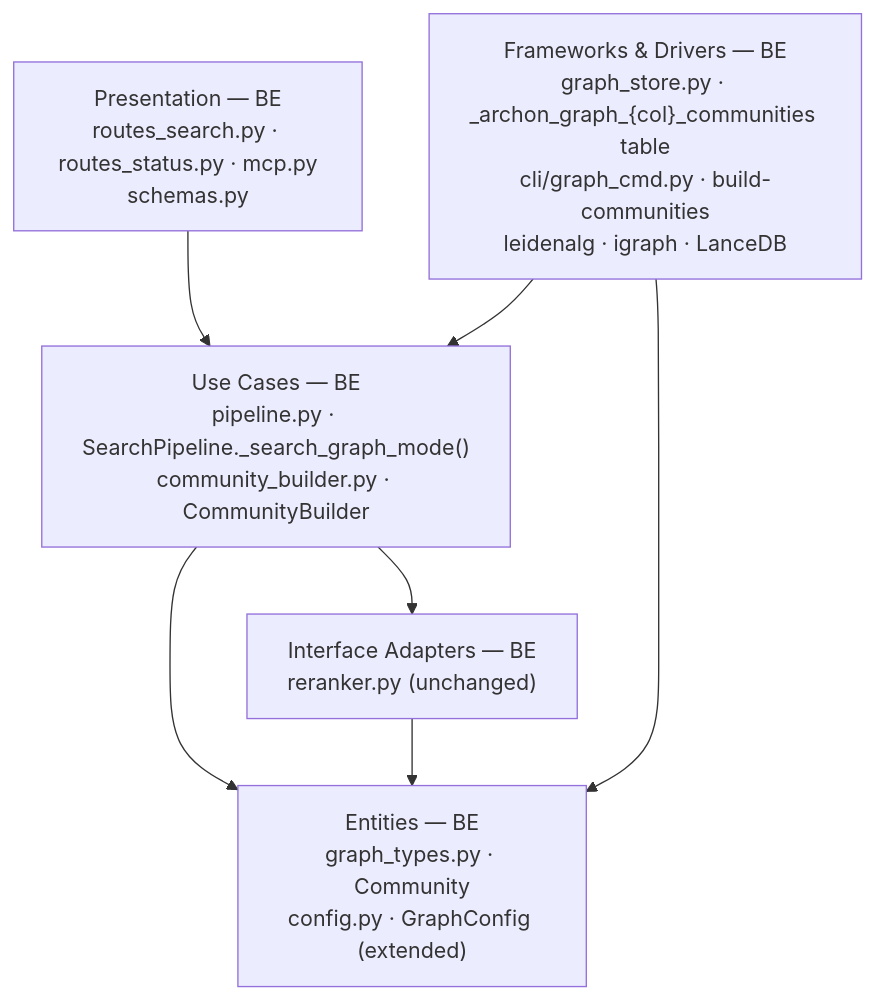
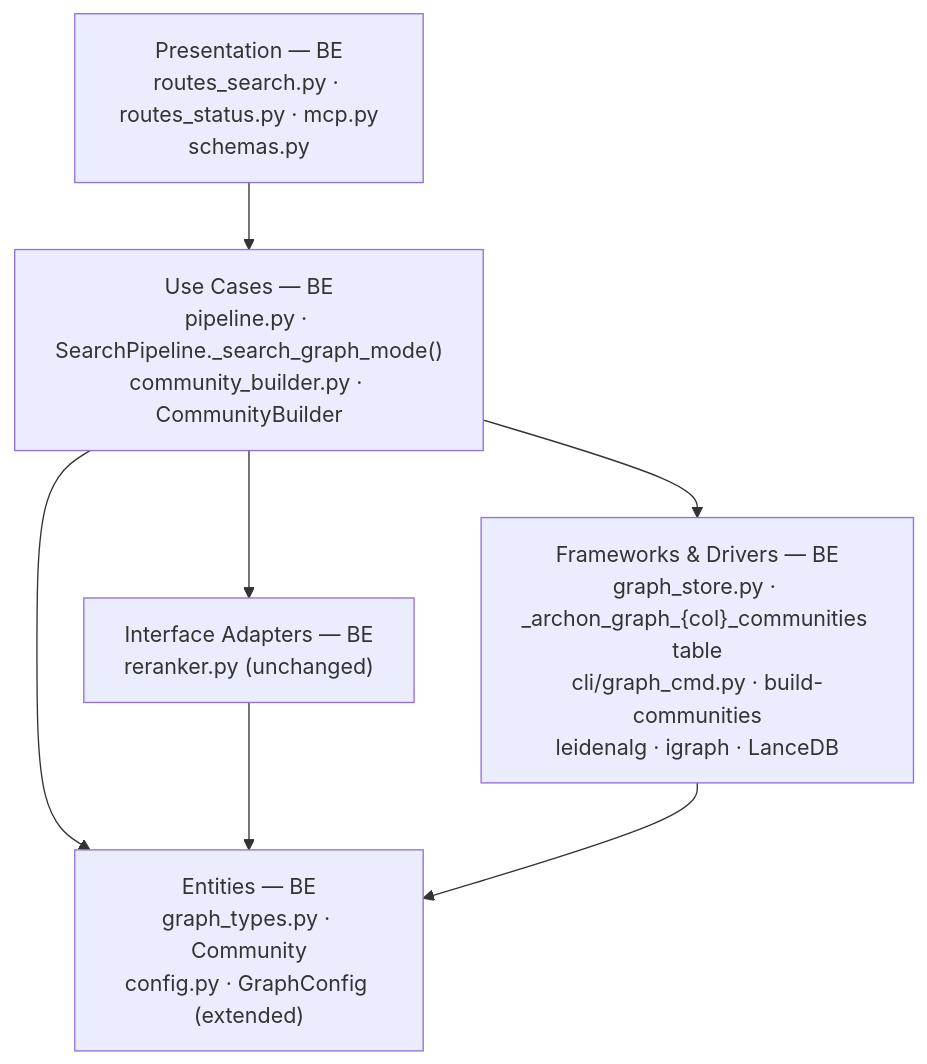
Before and after one commit to user538295/archon-search: the first of 2 diagrams in Documentation/Backlog/e1b-graphrag-leiden-local-global-modes-team-plan.md, drawn with Mermaid. The commit also changed other lines of this file and 1 other file, not shown here.

````diff
--- a/Documentation/Backlog/e1b-graphrag-leiden-local-global-modes-team-plan.md
+++ b/Documentation/Backlog/e1b-graphrag-leiden-local-global-modes-team-plan.md
@@ -100,14 +100,14 @@
 ```mermaid
 flowchart TD
   P["Presentation — BE<br/>routes_search.py · routes_status.py · mcp.py<br/>schemas.py"]
   UC["Use Cases — BE<br/>pipeline.py · SearchPipeline._search_graph_mode()<br/>community_builder.py · CommunityBuilder"]
   AD["Interface Adapters — BE<br/>reranker.py (unchanged)"]
   EN["Entities — BE<br/>graph_types.py · Community<br/>config.py · GraphConfig (extended)"]
   FW["Frameworks & Drivers — BE<br/>graph_store.py · _archon_graph_{col}_communities table<br/>cli/graph_cmd.py · build-communities<br/>leidenalg · igraph · LanceDB"]
   P --> UC
   UC --> AD
   UC --> EN
   AD --> EN
-  FW --> UC
+  UC --> FW
   FW --> EN
 ```
````
